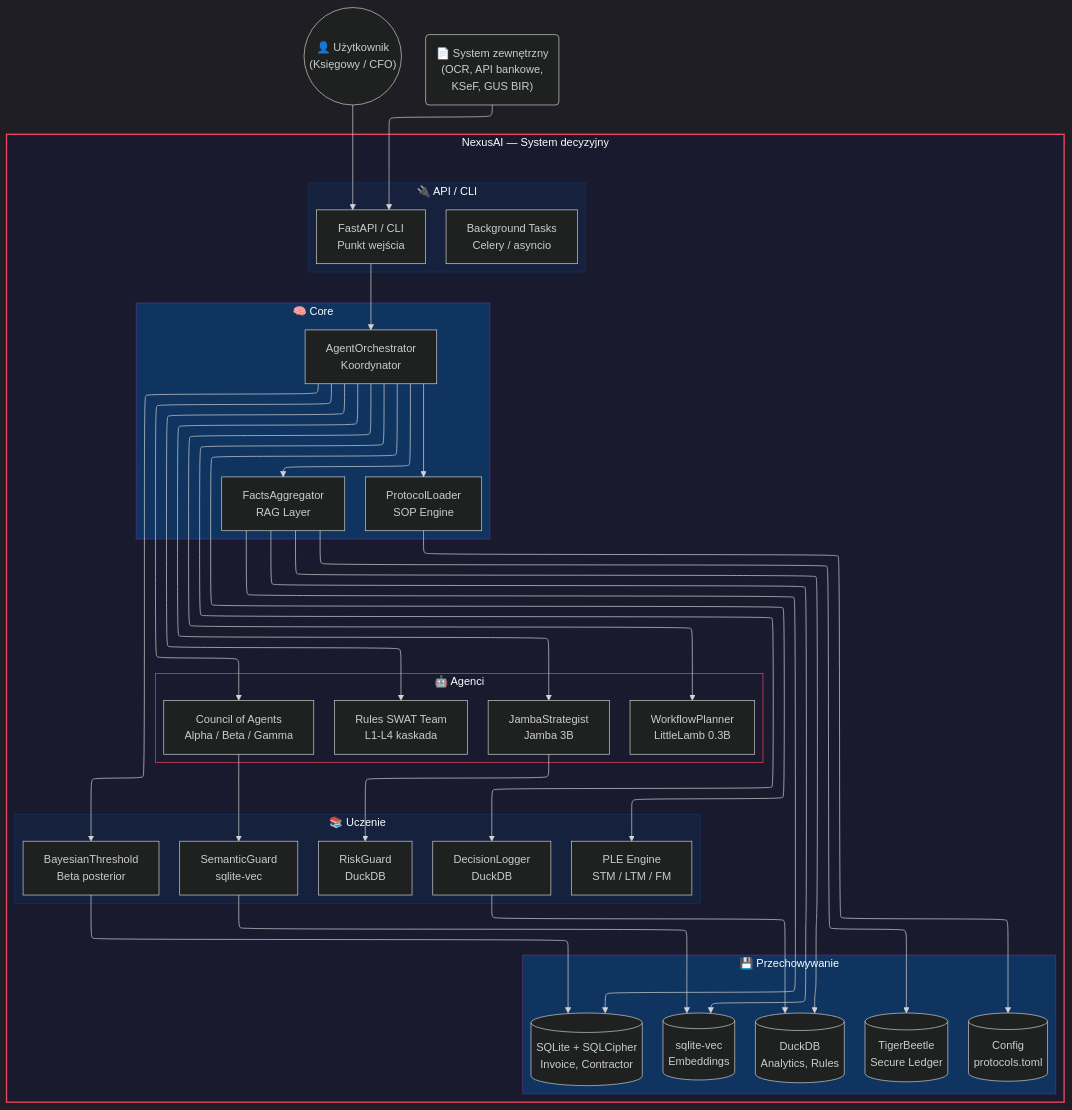
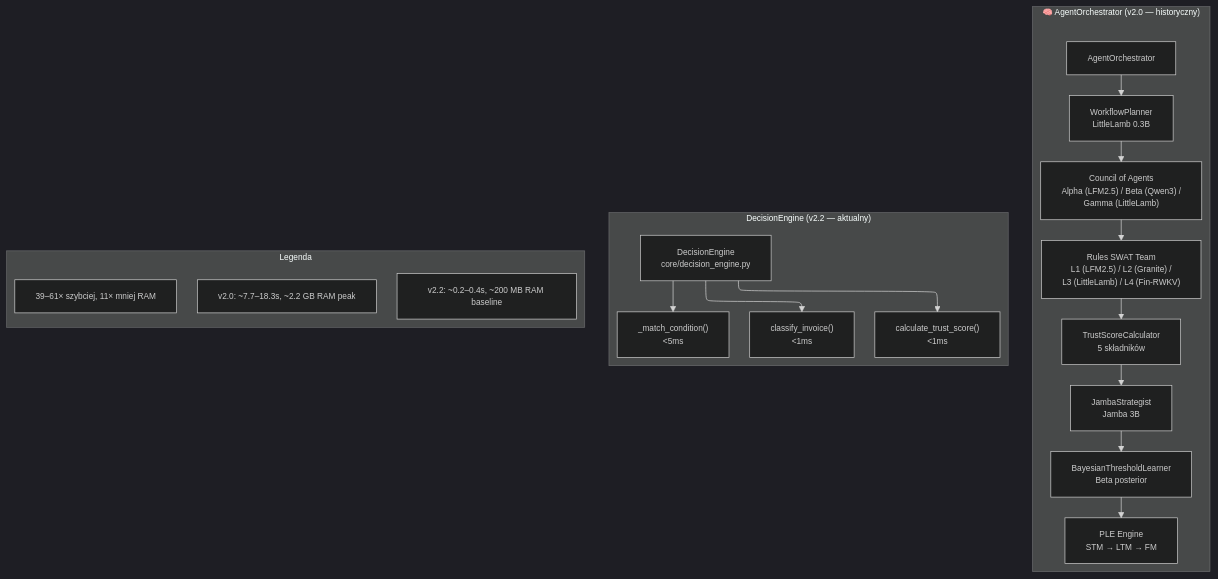
The tenth of 10 diagrams in docs/ARCHITECTURE_DIAGRAM.md (Gorski-Maciej/NexusAI), drawn with Mermaid before and after one commit. The commit also changed other lines of this file and 74 other files, not shown here.

````diff
--- a/docs/ARCHITECTURE_DIAGRAM.md
+++ b/docs/ARCHITECTURE_DIAGRAM.md
@@ -560,74 +542,32 @@
 ```mermaid
-%%{init: {"flowchart": {"defaultRenderer": "elk"}, "theme": "dark"}}%%
+%%{init: {"flowchart": {"defaultRenderer": "elk"}, "theme": "dark", "themeVariables": {"fontSize": "12px"}}}%%
 flowchart TB
-    User(("👤 Użytkownik\n(Księgowy / CFO)"))
-    External("📄 System zewnętrzny\n(OCR, API bankowe,\nKSeF, GUS BIR)")
-
-    subgraph System["NexusAI — System decyzyjny"]
+    subgraph Old["🧠 AgentOrchestrator (v2.0 — historyczny)"]
         direction TB
-
-        subgraph API["🔌 API / CLI"]
-            API1["FastAPI / CLI\nPunkt wejścia"]
-            API2["Background Tasks\nCelery / asyncio"]
-        end
-
-        subgraph Core["🧠 Core"]
-            C1["AgentOrchestrator\nKoordynator"]
-            C2["FactsAggregator\nRAG Layer"]
-            C3["ProtocolLoader\nSOP Engine"]
-        end
-
-        subgraph Agents["🤖 Agenci"]
-            A1["WorkflowPlanner\nLittleLamb 0.3B"]
-            A2["Council of Agents\nAlpha / Beta / Gamma"]
-            A3["Rules SWAT Team\nL1-L4 kaskada"]
-            A4["JambaStrategist\nJamba 3B"]
-        end
-
-        subgraph Learning["📚 Uczenie"]
-            L1["PLE Engine\nSTM / LTM / FM"]
-            L2["BayesianThreshold\nBeta posterior"]
-            L3["DecisionLogger\nDuckDB"]
-            L4["SemanticGuard\nsqlite-vec"]
-            L5["RiskGuard\nDuckDB"]
-        end
-
-        subgraph Storage["💾 Przechowywanie"]
-            S1[("SQLite + SQLCipher\nInvoice, Contractor")]
-            S2[("DuckDB\nAnalytics, Rules")]
-            S3[("sqlite-vec\nEmbeddings")]
-            S4[("TigerBeetle\nSecure Ledger")]
-            S5[("Config\nprotocols.toml")]
-        end
+        AO["AgentOrchestrator"]
+        WP["WorkflowPlanner\nLittleLamb 0.3B"]
+        CA["Council of Agents\nAlpha (LFM2.5) / Beta (Qwen3) /\nGamma (LittleLamb)"]
+        RST["Rules SWAT Team\nL1 (LFM2.5) / L2 (Granite) /\nL3 (LittleLamb) / L4 (Fin-RWKV)"]
+        TC["TrustScoreCalculator\n5 składników"]
+        JS["JambaStrategist\nJamba 3B"]
+        BL["BayesianThresholdLearner\nBeta posterior"]
+        PLE["PLE Engine\nSTM → LTM → FM"]
+        AO --> WP --> CA --> RST --> TC --> JS --> BL --> PLE
     end
 
-    User --> API1
-    External --> API1
-    API1 --> C1
-    C1 --> C2
-    C1 --> C3
-    C1 --> A1
-    C1 --> A2
-    C1 --> A3
-    C1 --> A4
-    C1 --> L1
-    C1 --> L2
-    C1 --> L3
-    C2 --> S1
-    C2 --> S2
-    C2 --> S3
-    C2 --> S4
-    A2 --> L4
-    A4 --> L5
-    L2 --> S1
-    L3 --> S2
-    L4 --> S3
-    C3 --> S5
+    subgraph New["DecisionEngine (v2.2 — aktualny)"]
+        DE["DecisionEngine\ncore/decision_engine.py"]
+        CI2["classify_invoice()\n<1ms"]
+        TS2["calculate_trust_score()\n<1ms"]
+        FW2["_match_condition()\n<5ms"]
+        DE --> CI2
+        DE --> TS2
+        DE --> FW2
+    end
 
-    style System fill:#1a1a2e,stroke:#e94560,stroke-width:2px
-    style API fill:#16213e,stroke:#0f3460
-    style Core fill:#0f3460,stroke:#533483
-    style Agents fill:#1a1a2e,stroke:#e94560
-    style Learning fill:#16213e,stroke:#0f3460
-    style Storage fill:#0f3460,stroke:#533483
+    subgraph Legend["Legenda"]
+        L1["v2.0: ~7.7–18.3s, ~2.2 GB RAM peak"]
+        L2["v2.2: ~0.2–0.4s, ~200 MB RAM baseline"]
+        L3["39–61× szybciej, 11× mniej RAM"]
+    end
 ```
````
